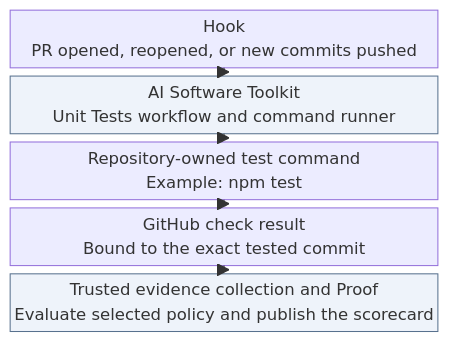
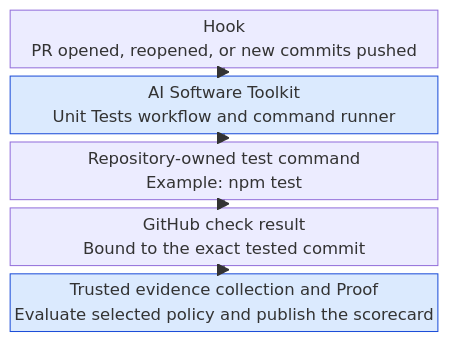
One commit to actions-marketplace-validations/ravisingh11_ai-software-toolkit changed the third of 3 diagrams in README.md. Above: the diagram before and after it, drawn with Mermaid. The commit also changed other lines of this file and 1 other file, not shown here.

````diff
--- a/README.md
+++ b/README.md
@@ -226,15 +317,15 @@
 ```mermaid
 block-beta
   columns 1
   A["Hook<br/>PR opened, reopened, or new commits pushed"]
   B["AI Software Toolkit<br/>Unit Tests workflow and command runner"]
   C["Repository-owned test command<br/>Example: npm test"]
   D["GitHub check result<br/>Bound to the exact tested commit"]
   E["Trusted evidence collection and Proof<br/>Evaluate selected policy and publish the scorecard"]
   A --> B
   B --> C
   C --> D
   D --> E
-  classDef toolkit fill:#eef3fa,stroke:#58718e,color:#243549
+  classDef toolkit fill:#dbeafe,stroke:#1d4ed8,color:#172554
   class B,E toolkit
 ```
````
